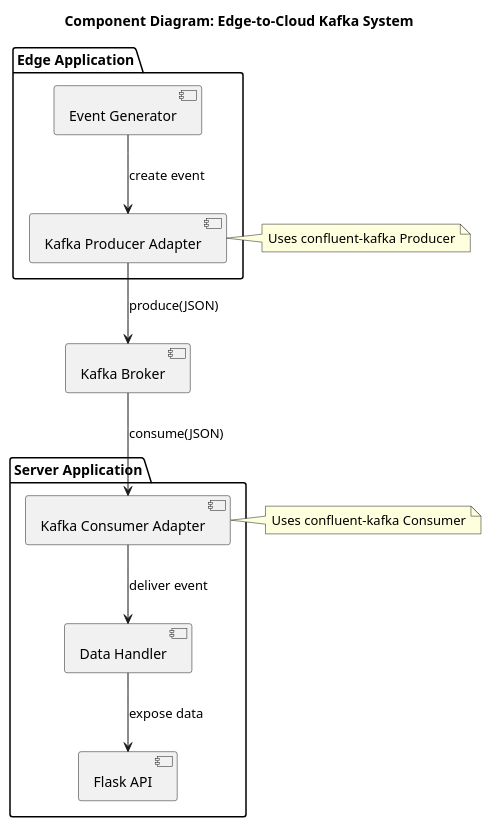
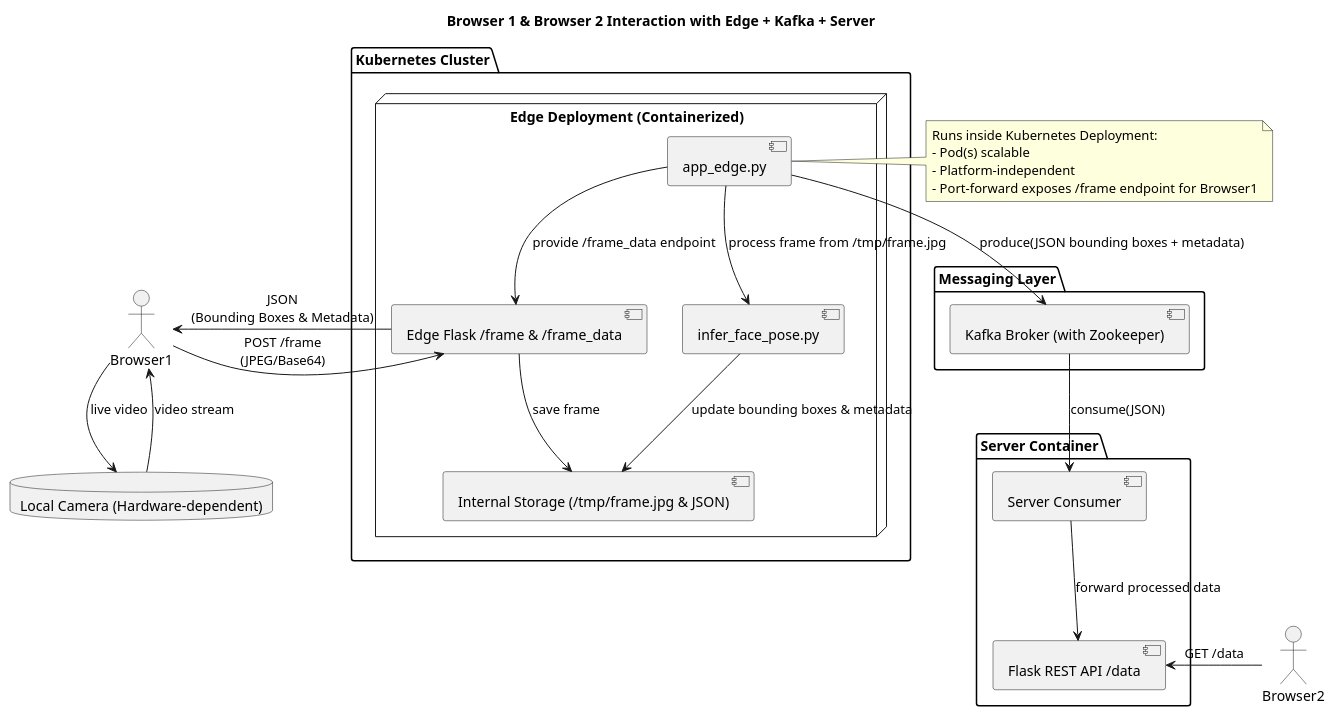
One commit to f-kittenberger/25imc-ai-edge-to-cloud changed the diagram in docs/uml/component-diagram.puml. Above: the diagram before and after it, drawn with PlantUML. The commit also changed 41 other files, not shown here.

```diff
--- a/docs/uml/component-diagram.puml
+++ b/docs/uml/component-diagram.puml
@@ -1,33 +1,71 @@
 @startuml
-title Component Diagram: Edge-to-Cloud Kafka System
+title Browser 1 & Browser 2 Interaction with Edge + Kafka + Server
 
-package "Edge Application" {
-  component "Event Generator" as Gen
-  component "Kafka Producer Adapter" as Prod
+actor Browser1
+actor Browser2
 
-  Gen --> Prod : create event
+database "Local Camera (Hardware-dependent)" as Camera
+
+package "Kubernetes Cluster" {
+    node "Edge Deployment (Containerized)" {
+        component "app_edge.py" as EdgeApp
+        component "infer_face_pose.py" as Inference
+        component "Edge Flask /frame & /frame_data" as EdgeFlask
+        component "Internal Storage (/tmp/frame.jpg & JSON)" as Storage
+    }
 }
 
-package "Server Application" {
-  component "Kafka Consumer Adapter" as Cons
-  component "Data Handler" as Handler
-  component "Flask API" as API
-
-  Cons --> Handler : deliver event
-  Handler --> API : expose data
+package "Messaging Layer" {
+    component "Kafka Broker (with Zookeeper)" as Kafka
 }
 
-component "Kafka Broker" as Kafka
+package "Server Container" {
+    component "Server Consumer" as Consumer
+    component "Flask REST API /data" as API
+}
 
-Prod --> Kafka : produce(JSON)
-Kafka --> Cons : consume(JSON)
+'------------------------
+' Browser 1 flow (direct camera interaction)
+'------------------------
+Browser1 -> Camera : live video
+Camera --> Browser1 : video stream
 
-note right of Prod
-Uses confluent-kafka Producer
-end note
+Browser1 -> EdgeFlask : POST /frame\n(JPEG/Base64)
 
-note right of Cons
-Uses confluent-kafka Consumer
+
+EdgeFlask --> Storage : save frame
+
+Browser1 <- EdgeFlask : JSON\n(Bounding Boxes & Metadata)
+
+
+
+'------------------------
+' Internal Edge flow
+'------------------------
+EdgeApp --> Inference : process frame from /tmp/frame.jpg
+Inference --> Storage : update bounding boxes & metadata
+EdgeApp --> EdgeFlask : provide /frame_data endpoint
+EdgeApp --> Kafka : produce(JSON bounding boxes + metadata)
+
+'------------------------
+' Kafka → Server flow
+'------------------------
+Kafka --> Consumer : consume(JSON)
+Consumer --> API : forward processed data
+
+'------------------------
+' Browser 2 flow (VM / Server API)
+'------------------------
+Browser2 -> API : GET /data
+
+'------------------------
+' Kubernetes Note
+'------------------------
+note right of EdgeApp
+Runs inside Kubernetes Deployment:
+- Pod(s) scalable
+- Platform-independent
+- Port-forward exposes /frame endpoint for Browser1
 end note
 
 @enduml
```
